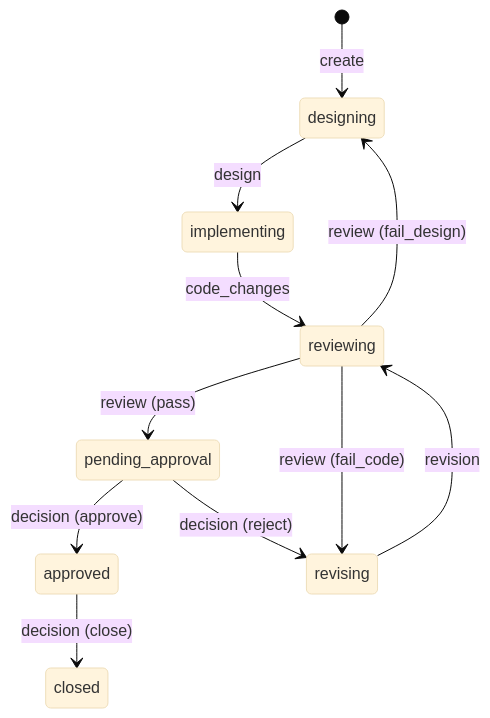
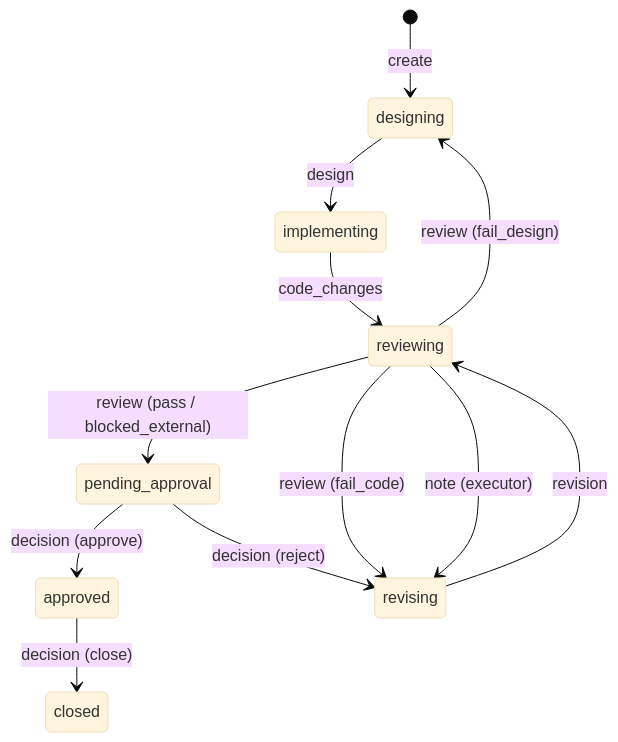
The diagram in design/system-design.md (ianf-ai/take-ur-turn), drawn with Mermaid (base theme) before and after one commit. The commit also changed other lines of this file and 66 other files, not shown here.

````diff
--- a/design/system-design.md
+++ b/design/system-design.md
@@ -79,13 +79,14 @@
 ```mermaid
 stateDiagram-v2
     [*] --> designing : create
     designing --> implementing : design
     implementing --> reviewing : code_changes
-    reviewing --> pending_approval : review (pass)
+    reviewing --> pending_approval : review (pass / blocked_external)
     reviewing --> revising : review (fail_code)
+    reviewing --> revising : note (executor)
     reviewing --> designing : review (fail_design)
     revising --> reviewing : revision
     pending_approval --> approved : decision (approve)
     pending_approval --> revising : decision (reject)
     approved --> closed : decision (close)
 ```
````
